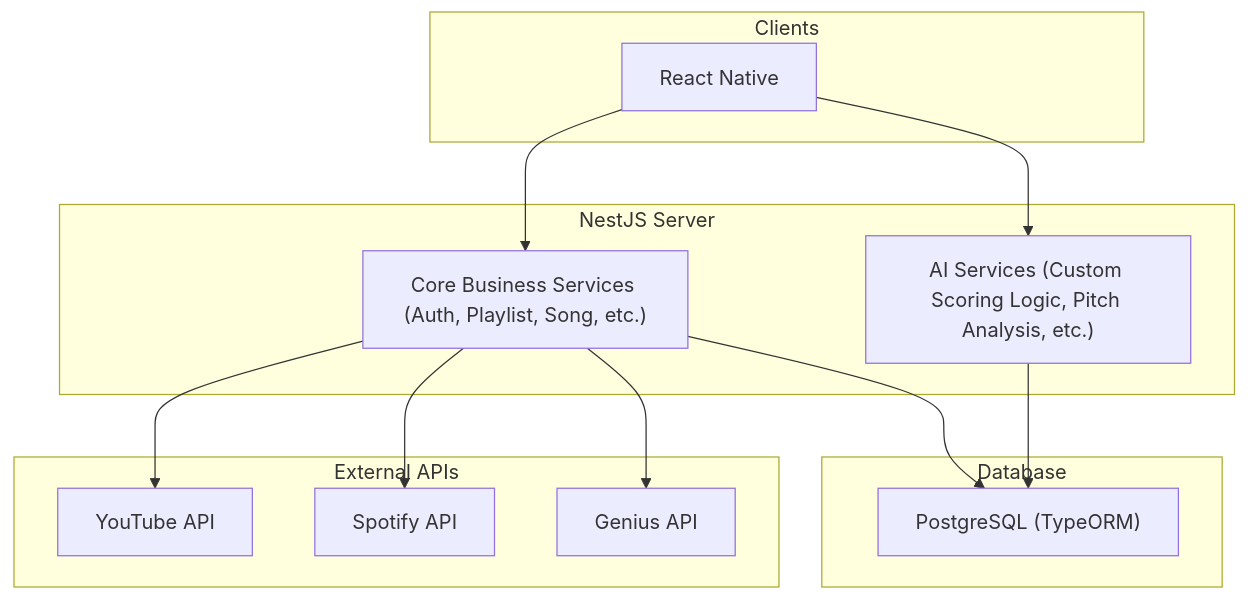
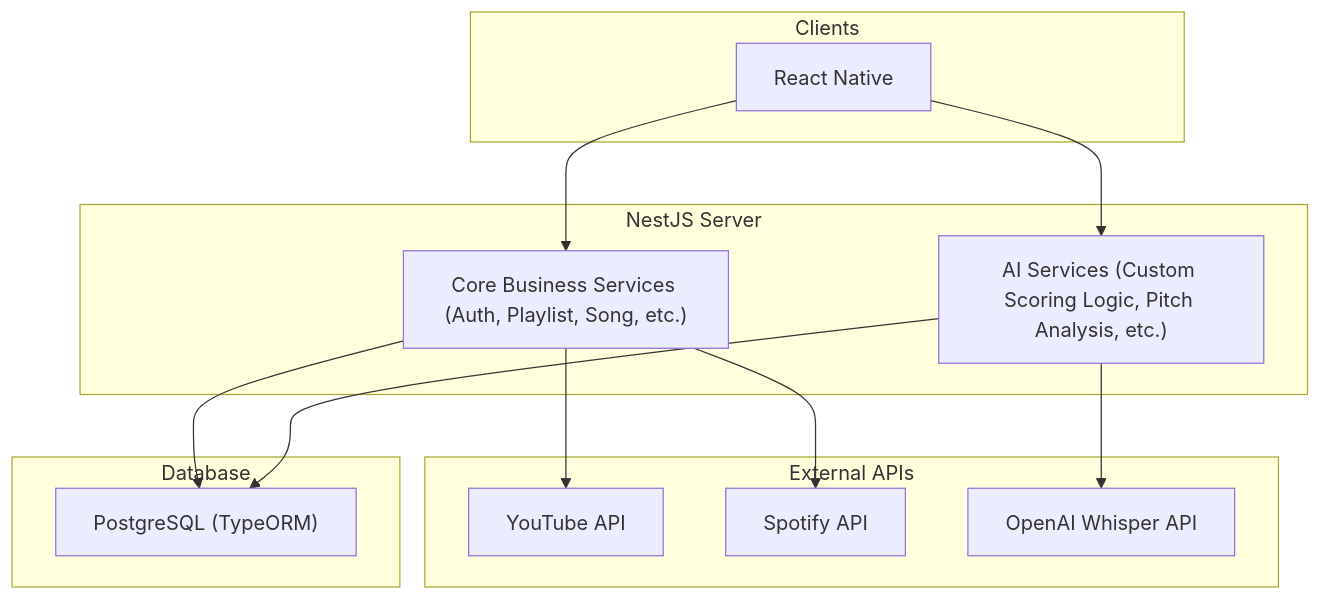
Before and after one commit to manoke-uit/.github: the second of 2 diagrams in README.md, drawn with Mermaid.

Commit message:
feat: config architecture

````diff
--- a/README.md
+++ b/README.md
@@ -81,37 +81,39 @@
 ``` mermaid
 flowchart TD
     %% Consumers
     subgraph Clients
         MobileApp["React Native"]
     end
 
     %% Backend Services Grouped
     subgraph NestJS Server
         CoreLogic["Core Business Services (Auth, Playlist, Song, etc.)"]
         AILogic["AI Services (Custom Scoring Logic, Pitch Analysis, etc.)"]
     end
 
     %% External APIs
     subgraph External APIs
         YouTube["YouTube API"]
         Spotify["Spotify API"]
-        Genius["Genius API"]
+        Whisper["OpenAI Whisper API"]
     end
 
     %% Database
     subgraph Database
         PostgreSQL["PostgreSQL (TypeORM)"]
     end
 
     %% Flow
+    
     MobileApp --> CoreLogic
     MobileApp --> AILogic
 
     CoreLogic --> YouTube
     CoreLogic --> Spotify
-    CoreLogic --> Genius
 
     CoreLogic --> PostgreSQL
     AILogic --> PostgreSQL
+    AILogic --> Whisper
+
 
 ```
````
